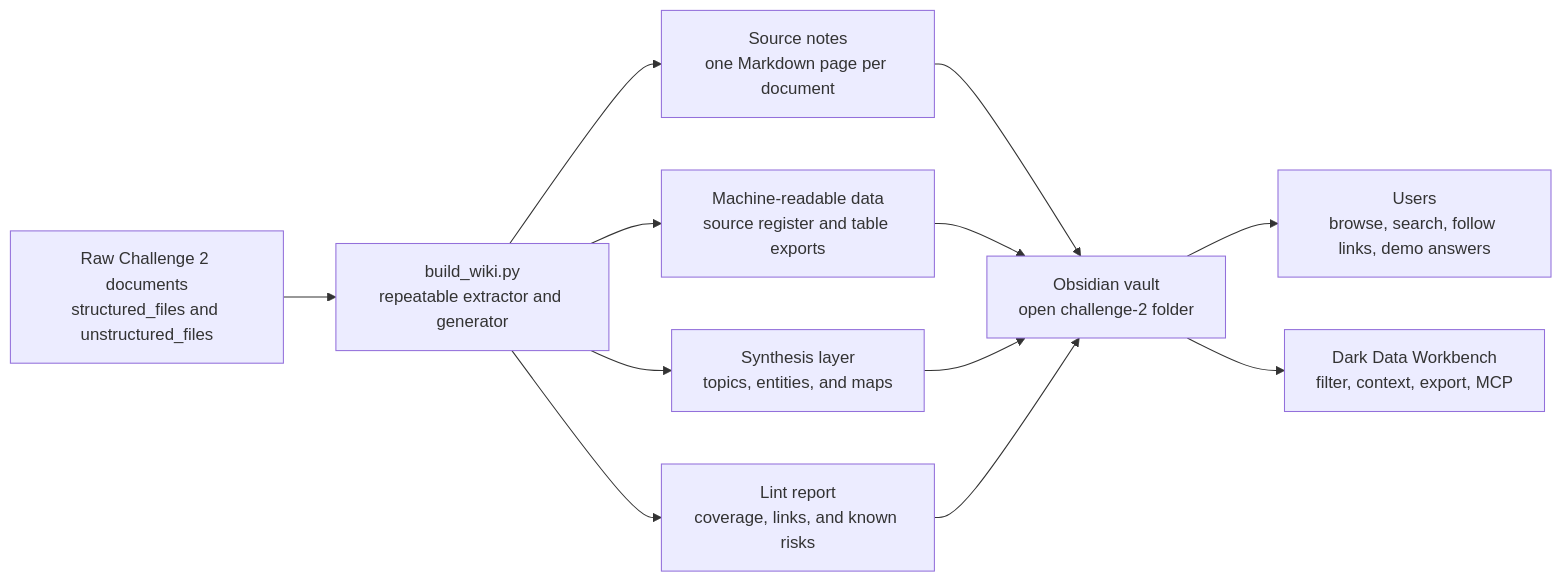
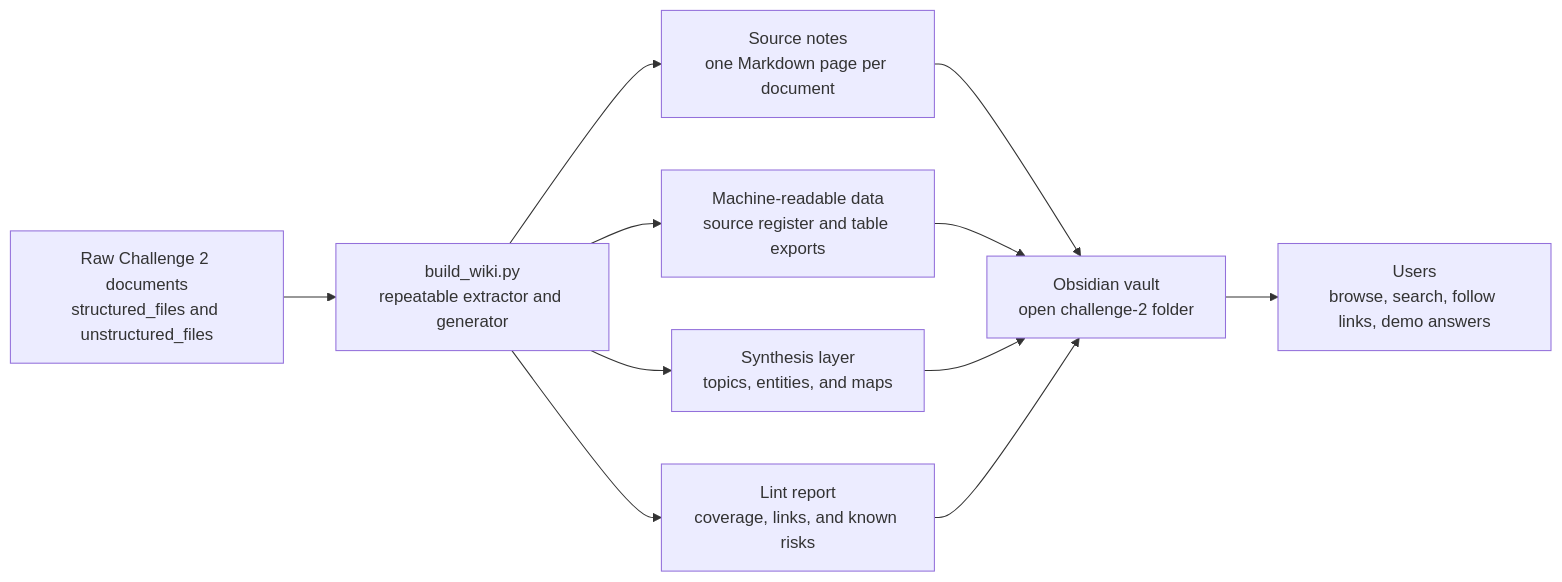
The first of 3 diagrams in challenge-2/wiki/architecture.md (chris-page-gov/ai-engineering-lab-hackathon-london-2026), drawn with Mermaid before and after one commit. The commit also changed other lines of this file and 293 other files, not shown here.

````diff
--- a/challenge-2/wiki/architecture.md
+++ b/challenge-2/wiki/architecture.md
@@ -31,14 +32,13 @@
 ```mermaid
 flowchart LR
   Raw["Raw Challenge 2 documents\nstructured_files and unstructured_files"] --> Builder["build_wiki.py\nrepeatable extractor and generator"]
   Builder --> Notes["Source notes\none Markdown page per document"]
   Builder --> Data["Machine-readable data\nsource register and table exports"]
   Builder --> Synthesis["Synthesis layer\ntopics, entities, and maps"]
   Builder --> Lint["Lint report\ncoverage, links, and known risks"]
   Notes --> Vault["Obsidian vault\nopen challenge-2 folder"]
   Data --> Vault
   Synthesis --> Vault
   Lint --> Vault
   Vault --> Users["Users\nbrowse, search, follow links, demo answers"]
-  Vault --> Workbench["Dark Data Workbench\nfilter, context, export, MCP"]
 ```
````
